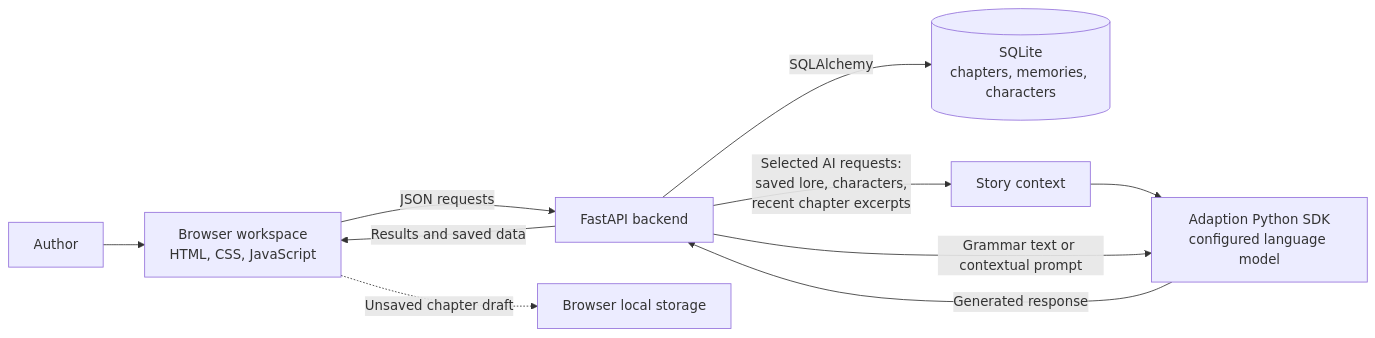
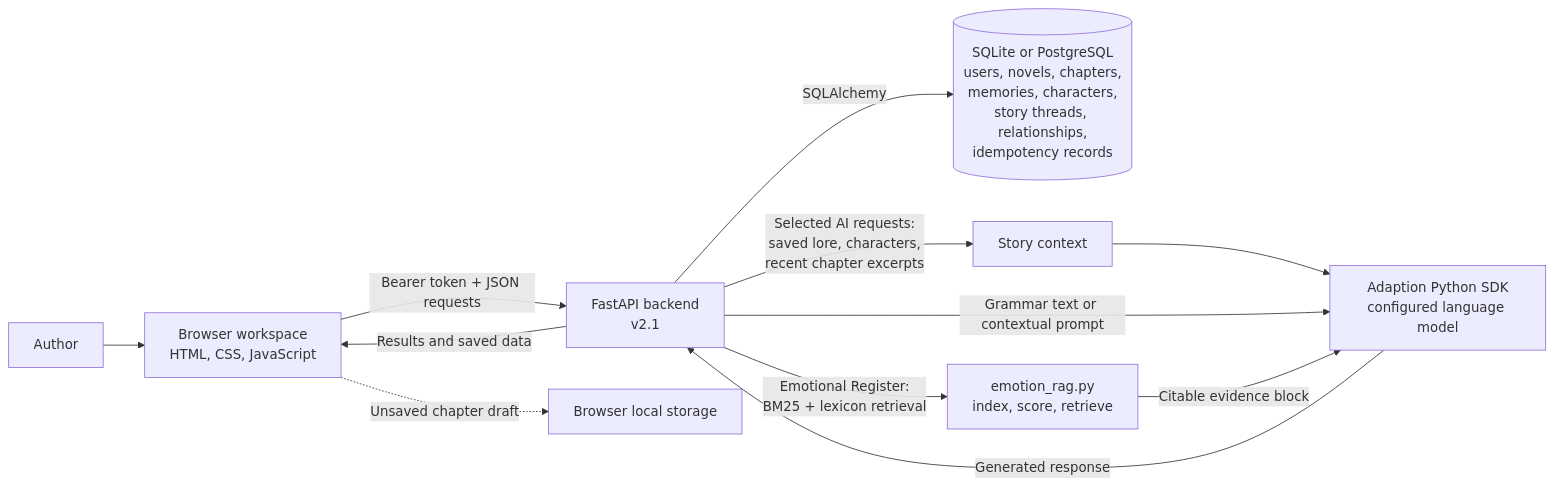
Before and after one commit to anikm112128-stack/LightNovelBuddy: the first of 2 diagrams in README.md, drawn with Mermaid. The commit also changed other lines of this file, not shown here.

````diff
--- a/README.md
+++ b/README.md
@@ -148,12 +184,14 @@
 ```mermaid
 flowchart LR
     Author[Author] --> UI[Browser workspace<br/>HTML, CSS, JavaScript]
-    UI -->|JSON requests| API[FastAPI backend]
+    UI -->|Bearer token + JSON requests| API[FastAPI backend<br/>v2.1]
     UI -.->|Unsaved chapter draft| Local[Browser local storage]
-    API -->|SQLAlchemy| DB[(SQLite<br/>chapters, memories, characters)]
+    API -->|SQLAlchemy| DB[(SQLite or PostgreSQL<br/>users, novels, chapters,<br/>memories, characters,<br/>story threads, relationships,<br/>idempotency records)]
     API -->|Selected AI requests:<br/>saved lore, characters,<br/>recent chapter excerpts| Context[Story context]
     Context --> AI[Adaption Python SDK<br/>configured language model]
     API -->|Grammar text or contextual prompt| AI
+    API -->|Emotional Register:<br/>BM25 + lexicon retrieval| RAG[emotion_rag.py<br/>index, score, retrieve]
+    RAG -->|Citable evidence block| AI
     AI -->|Generated response| API
     API -->|Results and saved data| UI
 ```
````
